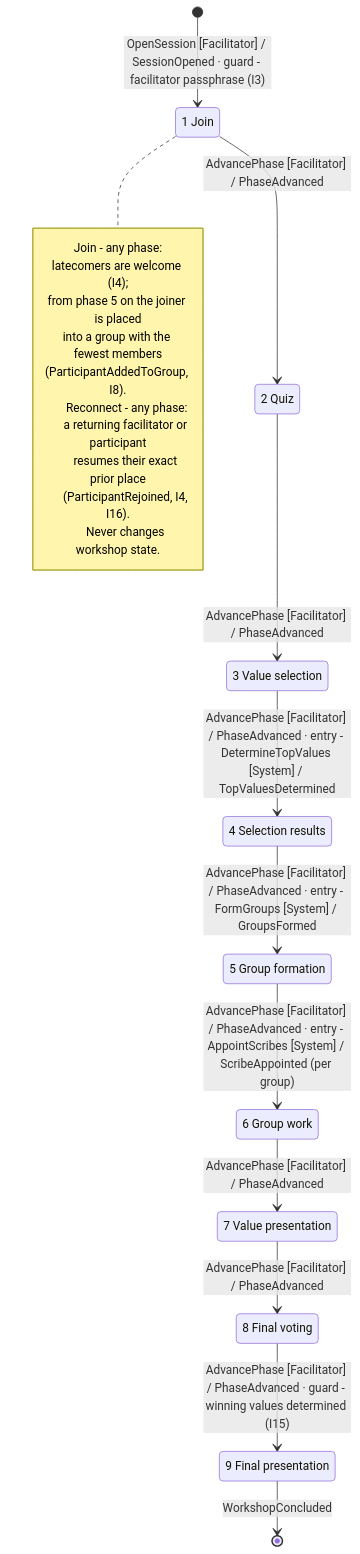
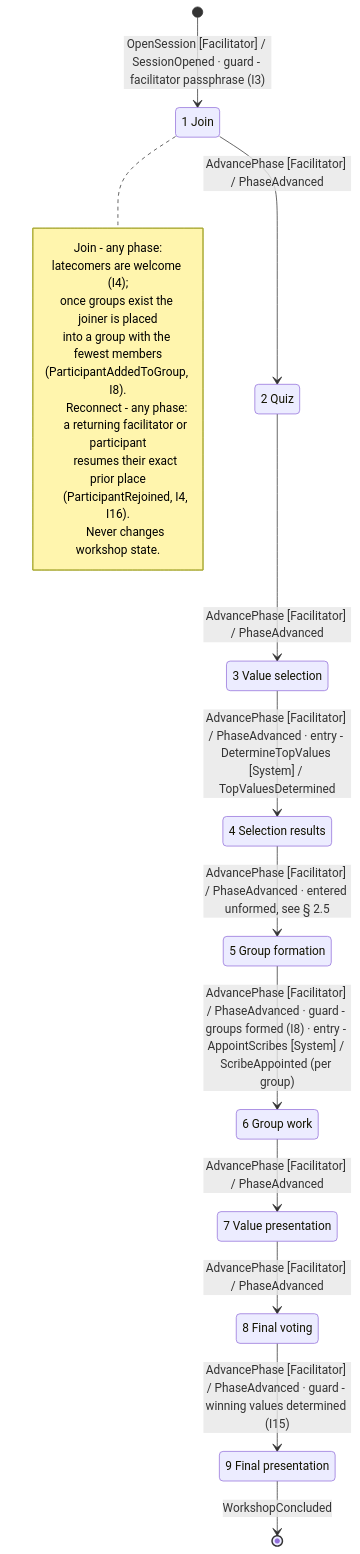
Before and after one commit to JakobKrummeich/ValuesWorkshop: the first of 7 diagrams in design/state-machine.md, drawn with Mermaid. The commit also changed other lines of this file and 4 other files, not shown here.

````diff
--- a/design/state-machine.md
+++ b/design/state-machine.md
@@ -21,37 +23,37 @@
 ```mermaid
 stateDiagram-v2
     state "1 Join" as P1
     state "2 Quiz" as P2
     state "3 Value selection" as P3
     state "4 Selection results" as P4
     state "5 Group formation" as P5
     state "6 Group work" as P6
     state "7 Value presentation" as P7
     state "8 Final voting" as P8
     state "9 Final presentation" as P9
 
     [*] --> P1 : OpenSession [Facilitator] / SessionOpened · guard - facilitator passphrase (I3)
     P1 --> P2 : AdvancePhase [Facilitator] / PhaseAdvanced
     P2 --> P3 : AdvancePhase [Facilitator] / PhaseAdvanced
     P3 --> P4 : AdvancePhase [Facilitator] / PhaseAdvanced · entry - DetermineTopValues [System] / TopValuesDetermined
-    P4 --> P5 : AdvancePhase [Facilitator] / PhaseAdvanced · entry - FormGroups [System] / GroupsFormed
-    P5 --> P6 : AdvancePhase [Facilitator] / PhaseAdvanced · entry - AppointScribes [System] / ScribeAppointed (per group)
+    P4 --> P5 : AdvancePhase [Facilitator] / PhaseAdvanced · entered unformed, see § 2.5
+    P5 --> P6 : AdvancePhase [Facilitator] / PhaseAdvanced · guard - groups formed (I8) · entry - AppointScribes [System] / ScribeAppointed (per group)
     P6 --> P7 : AdvancePhase [Facilitator] / PhaseAdvanced
     P7 --> P8 : AdvancePhase [Facilitator] / PhaseAdvanced
     P8 --> P9 : AdvancePhase [Facilitator] / PhaseAdvanced · guard - winning values determined (I15)
     P9 --> [*] : WorkshopConcluded
 
     note right of P1
       Join - any phase:
       latecomers are welcome (I4);
-      from phase 5 on the joiner is placed
+      once groups exist the joiner is placed
       into a group with the fewest members
       (ParticipantAddedToGroup, I8).
 
       Reconnect - any phase:
       a returning facilitator or participant
       resumes their exact prior place
       (ParticipantRejoined, I4, I16).
       Never changes workshop state.
     end note
 ```
````
